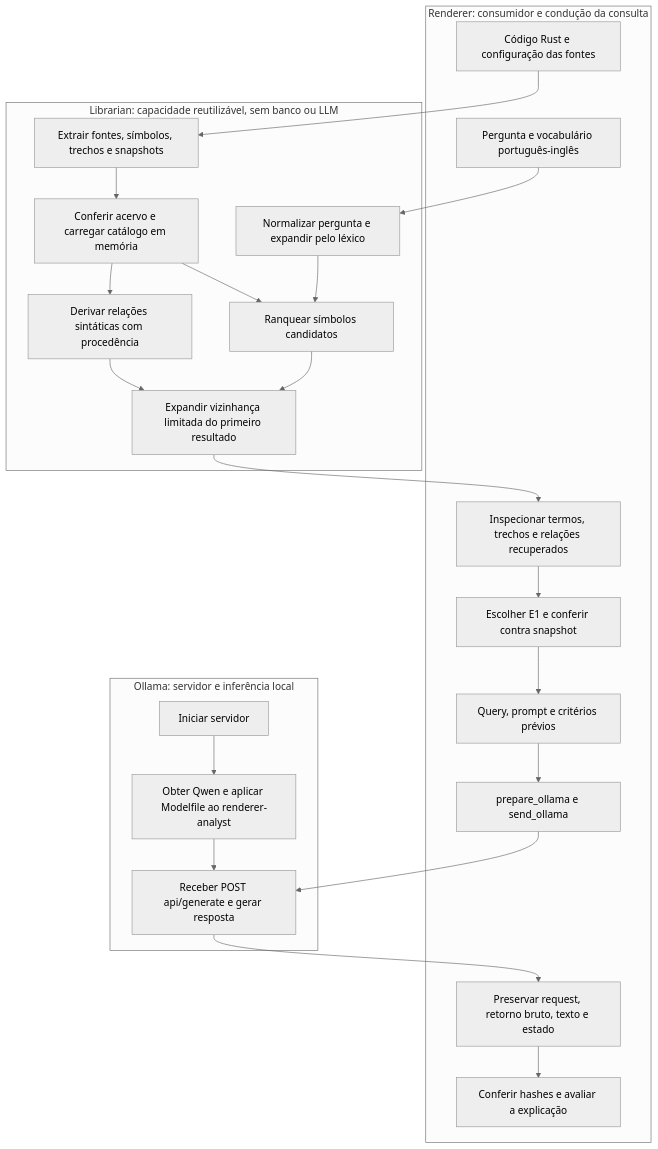
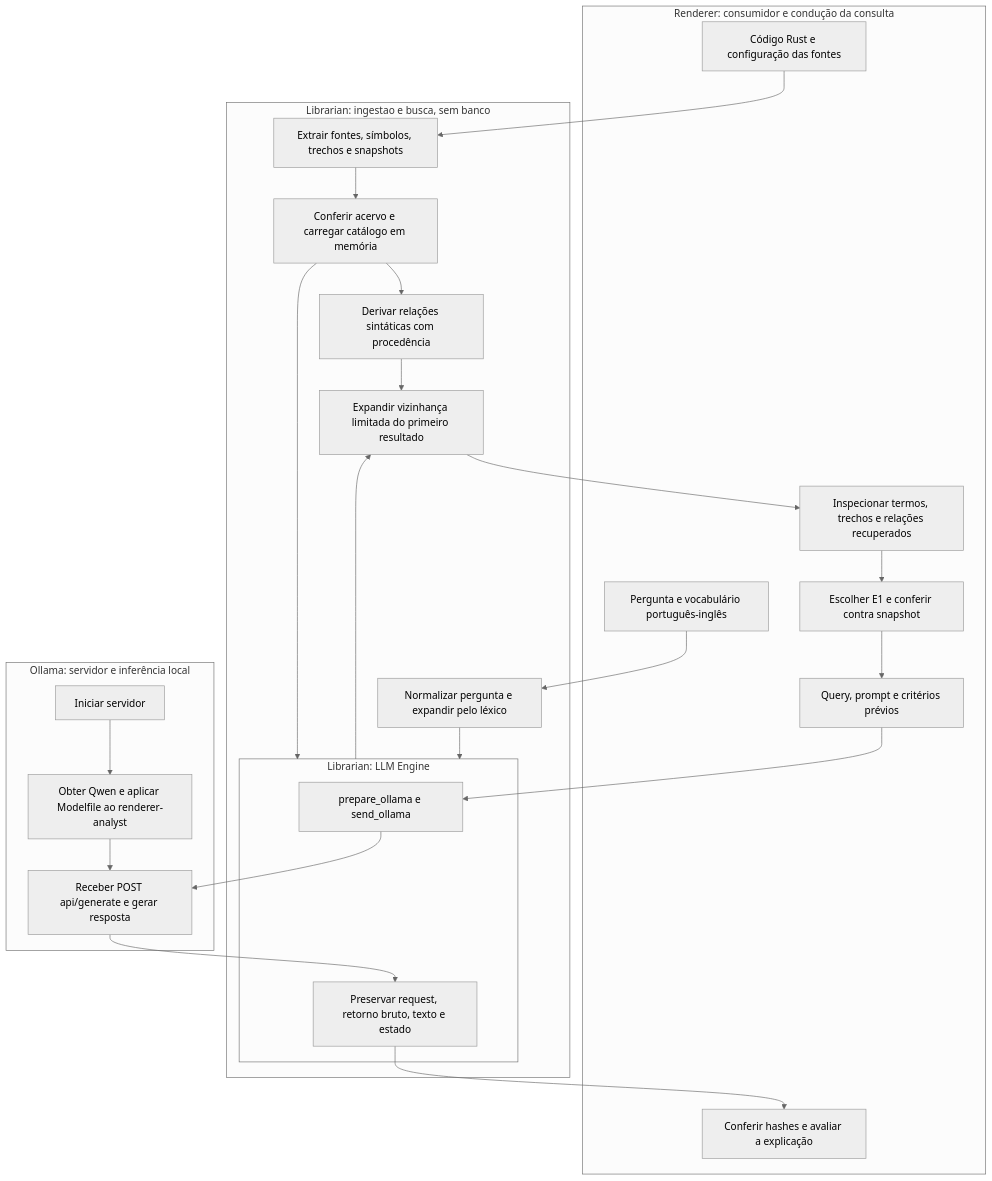
Before and after one commit to ViniciusSJV/renderer: the diagram in WORKFLOW.md, drawn with Mermaid (neutral theme). The commit also changed other lines of this file and 371 other files, not shown here.

Commit message:
Integra LLM Engine do Librarian e registra politica e consultas avaliadas

````diff
--- a/WORKFLOW.md
+++ b/WORKFLOW.md
@@ -6,34 +6,36 @@
 ```mermaid
 flowchart TD
     subgraph R[Renderer: consumidor e condução da consulta]
         A[Código Rust e configuração das fontes]
         Q[Pergunta e vocabulário português-inglês]
         G[Inspecionar termos, trechos e relações recuperados]
         H[Escolher E1 e conferir contra snapshot]
         P[Query, prompt e critérios prévios]
-        I[prepare_ollama e send_ollama]
-        J[Preservar request, retorno bruto, texto e estado]
         K[Conferir hashes e avaliar a explicação]
     end
-    subgraph L[Librarian: capacidade reutilizável, sem banco ou LLM]
+    subgraph L[Librarian: ingestao e busca, sem banco]
         B[Extrair fontes, símbolos, trechos e snapshots]
         C[Conferir acervo e carregar catálogo em memória]
         D[Derivar relações sintáticas com procedência]
         T[Normalizar pergunta e expandir pelo léxico]
         E[Ranquear símbolos candidatos]
         F[Expandir vizinhança limitada do primeiro resultado]
+    end
+    subgraph E[Librarian: LLM Engine]
+        I[prepare_ollama e send_ollama]
+        J[Preservar request, retorno bruto, texto e estado]
     end
     subgraph O[Ollama: servidor e inferência local]
         S[Iniciar servidor]
         M[Obter Qwen e aplicar Modelfile ao renderer-analyst]
         N[Receber POST api/generate e gerar resposta]
     end
     A --> B --> C --> D
     Q --> T --> E
     C --> E
     E --> F
     D --> F
     F --> G --> H --> P --> I
     S --> M --> N
     I --> N --> J --> K
 ```
````
